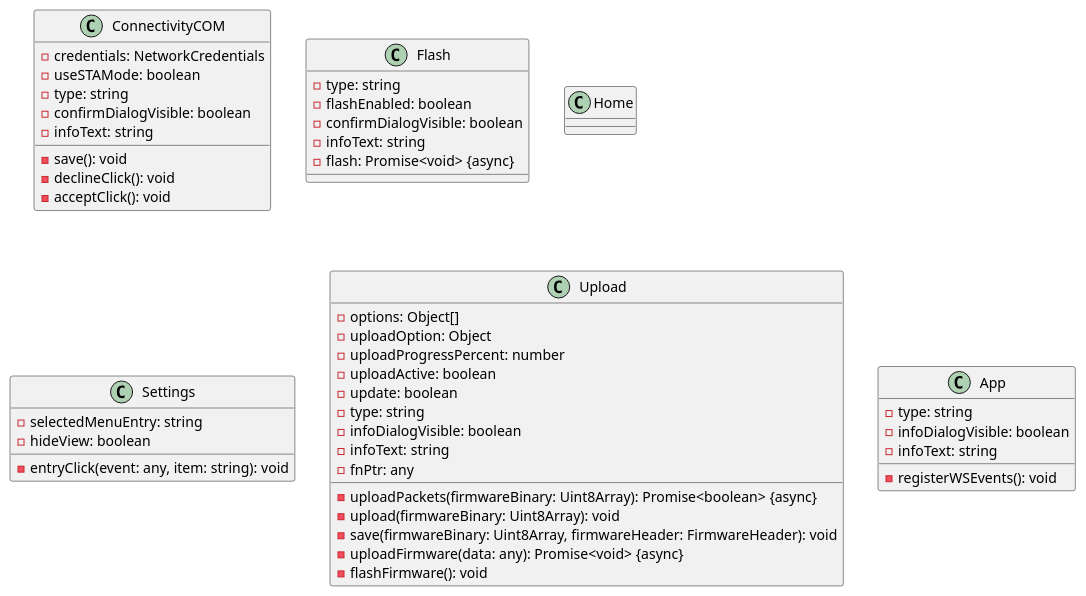
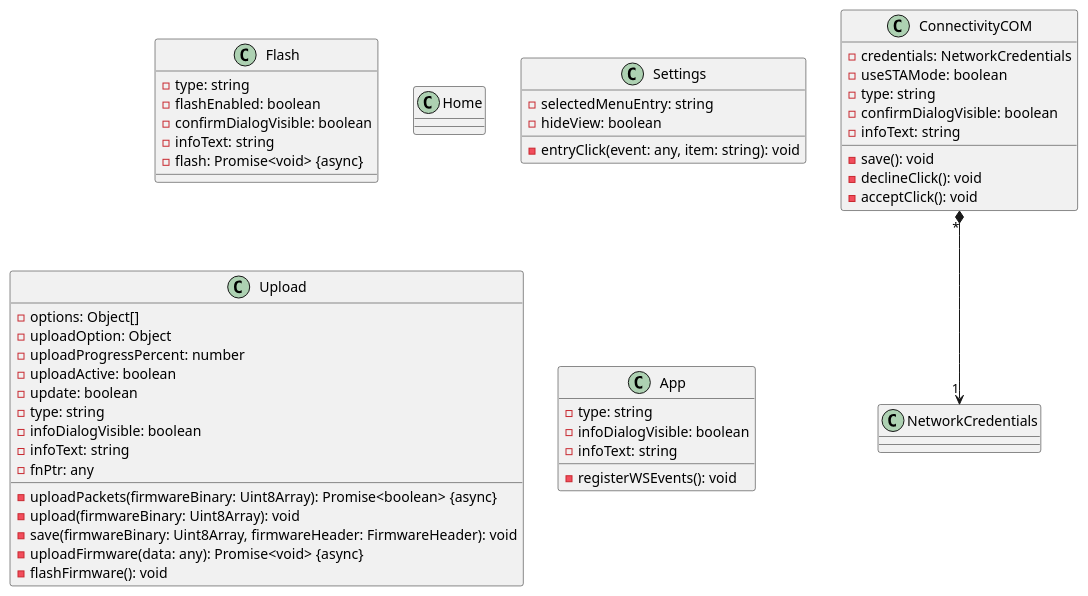
One commit to NewTec-GmbH/ZumoComSystem changed the diagram in doc/design/client/ClassDiagrams/Views.plantuml. Above: the diagram before and after it, drawn with PlantUML. The commit also changed 10 other files, not shown here.

Commit message:
refactor(doc): Update documentation diagrams

```diff
--- a/doc/design/client/ClassDiagrams/Views.plantuml
+++ b/doc/design/client/ClassDiagrams/Views.plantuml
@@ -1,59 +1,60 @@
 @startuml
 class ConnectivityCOM
 {
     - credentials: NetworkCredentials
     - useSTAMode: boolean
     - type: string
     - confirmDialogVisible: boolean
     - infoText: string
     - save(): void
     - declineClick(): void
     - acceptClick(): void
 }
+ConnectivityCOM "*" *--> "1" NetworkCredentials
 
 class Flash
 {
     - type: string
     - flashEnabled: boolean
     - confirmDialogVisible: boolean
     - infoText: string
     - flash: Promise<void> {async}
 }
 
 class Home
 {
 }
 
 class Settings
 {
     - selectedMenuEntry: string
     - hideView: boolean
     - entryClick(event: any, item: string): void
 }
 
 class Upload
 {
     - options: Object[]
     - uploadOption: Object
     - uploadProgressPercent: number
     - uploadActive: boolean
     - update: boolean
     - type: string
     - infoDialogVisible: boolean
     - infoText: string
     - fnPtr: any
     - uploadPackets(firmwareBinary: Uint8Array): Promise<boolean> {async}
     - upload(firmwareBinary: Uint8Array): void
     - save(firmwareBinary: Uint8Array, firmwareHeader: FirmwareHeader): void
     - uploadFirmware(data: any): Promise<void> {async}
     - flashFirmware(): void
 }
 
 class App
 {
     - type: string
     - infoDialogVisible: boolean
     - infoText: string
     - registerWSEvents(): void
 }
 @enduml
```
